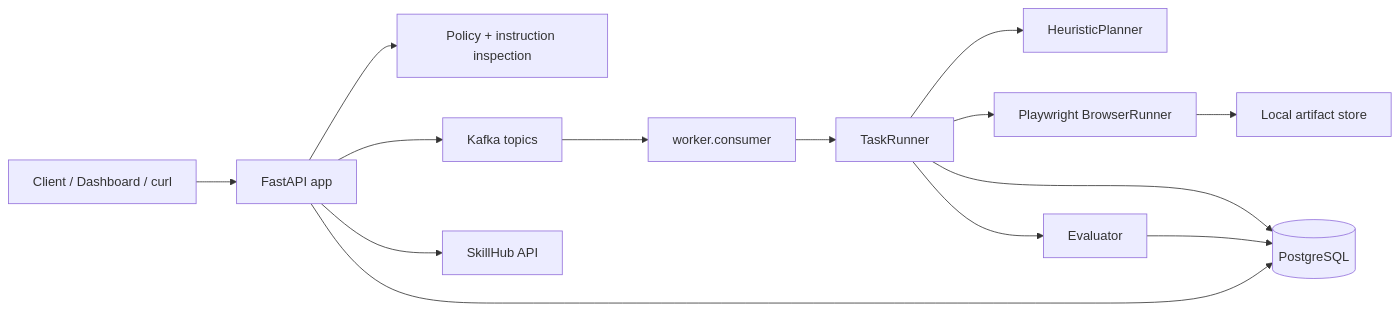
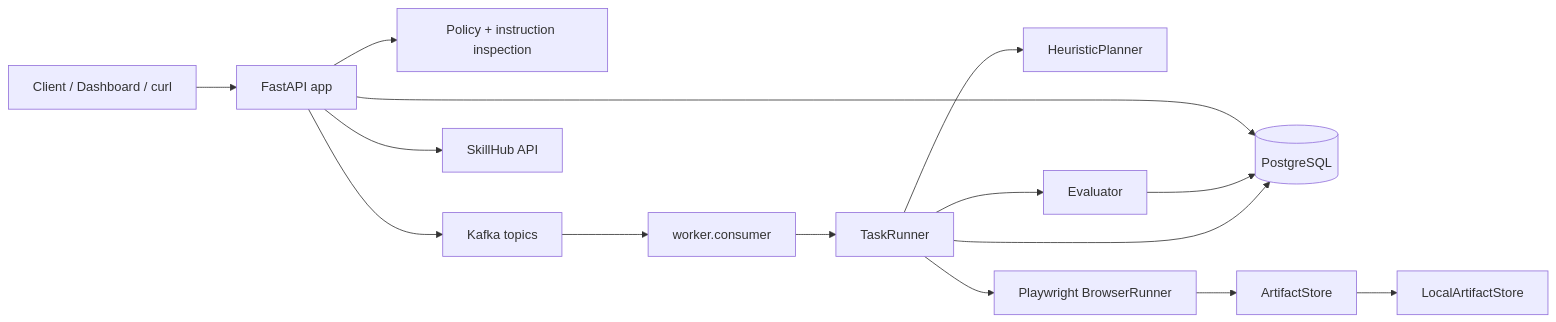
One commit to leo459028/BrowserAgent changed the first of 2 diagrams in DOCS/ARCHITECTURE.md. Above: the diagram before and after it, drawn with Mermaid. The commit also changed other lines of this file and 24 other files, not shown here.

````diff
--- a/DOCS/ARCHITECTURE.md
+++ b/DOCS/ARCHITECTURE.md
@@ -11,16 +11,17 @@
 ```mermaid
 flowchart LR
     Client["Client / Dashboard / curl"] --> API["FastAPI app"]
     API --> DB[("PostgreSQL")]
     API --> Policy["Policy + instruction inspection"]
     API --> Kafka["Kafka topics"]
     API --> SkillHub["SkillHub API"]
     Kafka --> Worker["worker.consumer"]
     Worker --> Runner["TaskRunner"]
     Runner --> Planner["HeuristicPlanner"]
     Runner --> Browser["Playwright BrowserRunner"]
-    Browser --> Artifacts["Local artifact store"]
+    Browser --> Store["ArtifactStore"]
+    Store --> Local["LocalArtifactStore"]
     Runner --> Evaluator["Evaluator"]
     Evaluator --> DB
     Runner --> DB
 ```
````
